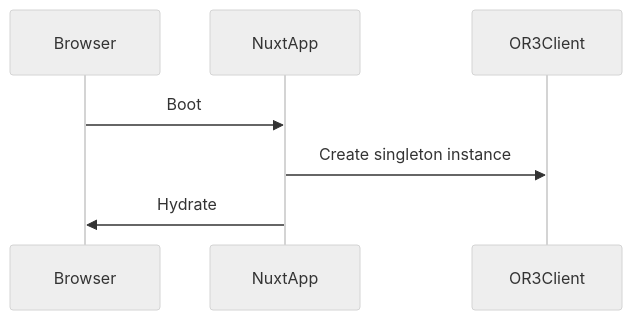
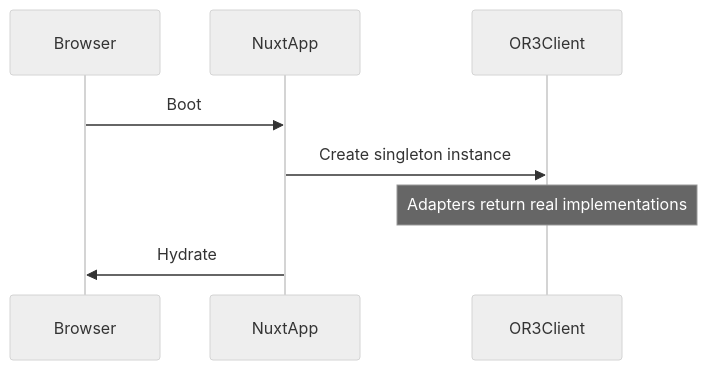
The third of 3 diagrams in planning/unified-registry/architecture.md (Saluana/or3-chat), drawn with Mermaid (neutral theme) before and after one commit. The commit also changed other lines of this file and 4 other files, not shown here.

````diff
--- a/planning/unified-registry/architecture.md
+++ b/planning/unified-registry/architecture.md
@@ -60,9 +104,10 @@
 ```mermaid
 sequenceDiagram
   participant Browser
   participant NuxtApp
   participant OR3Client
   Browser->>NuxtApp: Boot
   NuxtApp->>OR3Client: Create singleton instance
+  Note over OR3Client: Adapters return real implementations
   NuxtApp->>Browser: Hydrate
 ```
````
